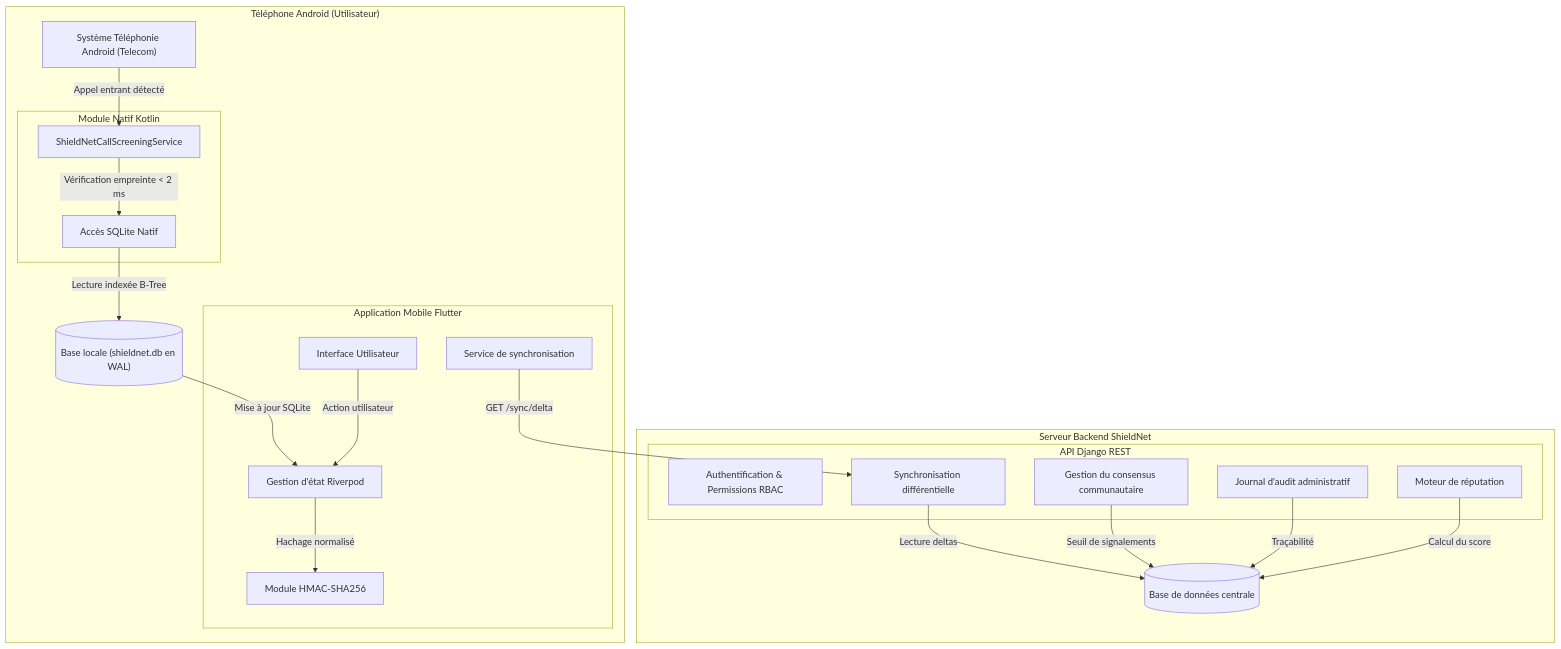
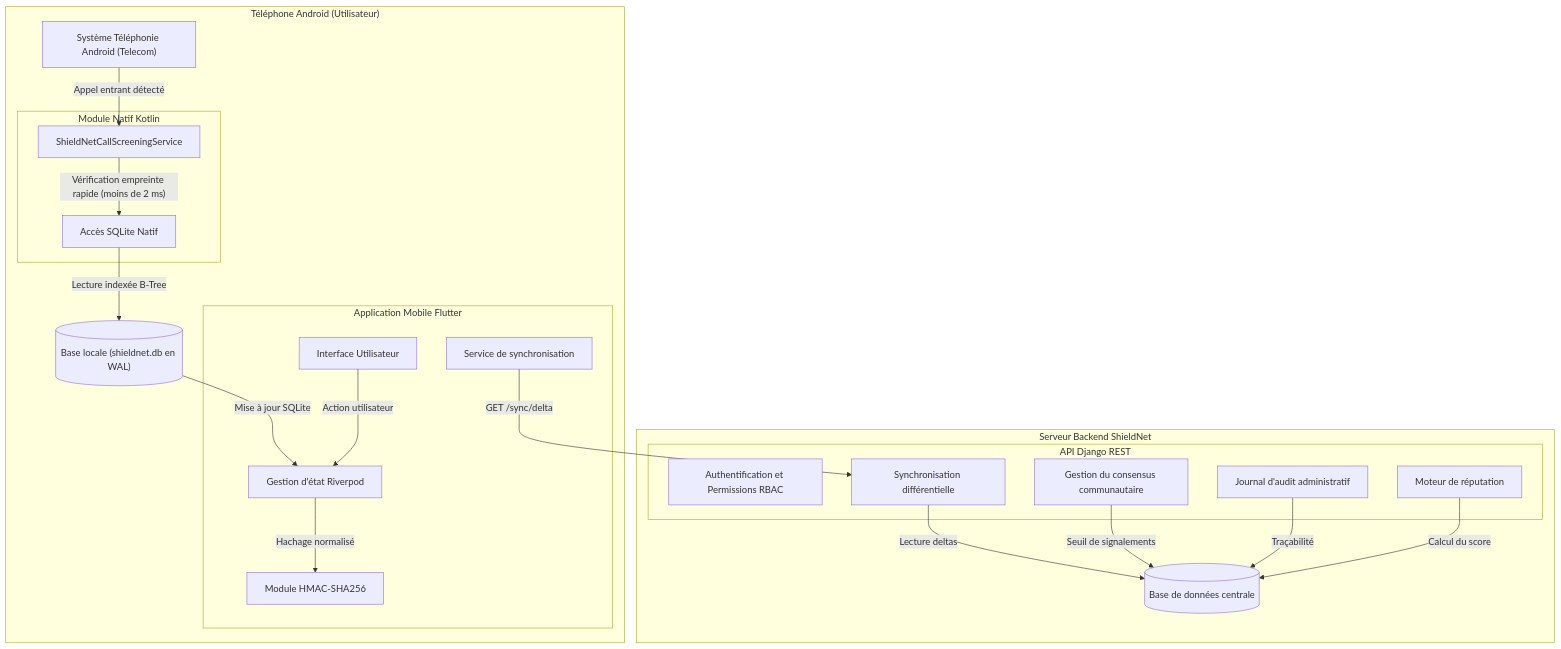
The second of 7 diagrams in docs/ARCHITECTURE_ET_CONCEPTION.md (fadelilyas01/Projet_Synthese), drawn with Mermaid before and after one commit. The commit also changed other lines of this file and 19 other files, not shown here.

````diff
--- a/docs/ARCHITECTURE_ET_CONCEPTION.md
+++ b/docs/ARCHITECTURE_ET_CONCEPTION.md
@@ -76,44 +79,44 @@
 ```mermaid
 flowchart TD
     subgraph Mobile ["Téléphone Android (Utilisateur)"]
         Telecom["Système Téléphonie Android (Telecom)"]
         
         subgraph Native_Kotlin ["Module Natif Kotlin"]
             ScreenService["ShieldNetCallScreeningService"]
             NativeDB["Accès SQLite Natif"]
         end
         
         LocalDB[("Base locale (shieldnet.db en WAL)")]
         
         subgraph App_Flutter ["Application Mobile Flutter"]
             UI["Interface Utilisateur"]
             StateMgr["Gestion d'état Riverpod"]
             CryptoEngine["Module HMAC-SHA256"]
             OfflineQueue["Service de synchronisation"]
         end
     end
 
     subgraph Backend ["Serveur Backend ShieldNet"]
         subgraph Django ["API Django REST"]
-            AuthAPI["Authentification & Permissions RBAC"]
+            AuthAPI["Authentification et Permissions RBAC"]
             DeltaAPI["Synchronisation différentielle"]
             ConsensusAPI["Gestion du consensus communautaire"]
             AuditAPI["Journal d'audit administratif"]
             RepEngine["Moteur de réputation"]
         end
         CentralDB[("Base de données centrale")]
     end
 
-    Telecom -->|Appel entrant détecté| ScreenService
-    ScreenService -->|Vérification empreinte < 2 ms| NativeDB
-    NativeDB -->|Lecture indexée B-Tree| LocalDB
-    LocalDB  -->|Mise à jour SQLite| StateMgr
+    Telecom -->|"Appel entrant détecté"| ScreenService
+    ScreenService -->|"Vérification empreinte rapide (moins de 2 ms)"| NativeDB
+    NativeDB -->|"Lecture indexée B-Tree"| LocalDB
+    LocalDB -->|"Mise à jour SQLite"| StateMgr
     
-    UI -->|Action utilisateur| StateMgr
-    StateMgr -->|Hachage normalisé| CryptoEngine
-    OfflineQueue -->|GET /sync/delta| DeltaAPI
-    DeltaAPI -->|Lecture deltas| CentralDB
-    ConsensusAPI -->|Seuil de signalements| CentralDB
-    AuditAPI -->|Traçabilité| CentralDB
-    RepEngine -->|Calcul du score| CentralDB
+    UI -->|"Action utilisateur"| StateMgr
+    StateMgr -->|"Hachage normalisé"| CryptoEngine
+    OfflineQueue -->|"GET /sync/delta"| DeltaAPI
+    DeltaAPI -->|"Lecture deltas"| CentralDB
+    ConsensusAPI -->|"Seuil de signalements"| CentralDB
+    AuditAPI -->|"Traçabilité"| CentralDB
+    RepEngine -->|"Calcul du score"| CentralDB
 ```
````
